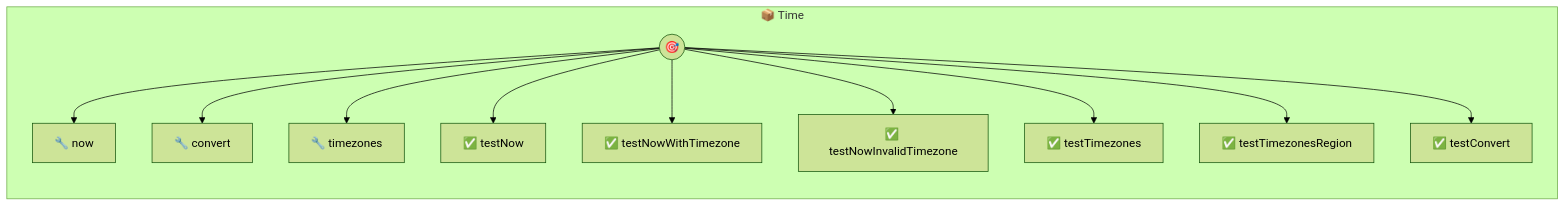
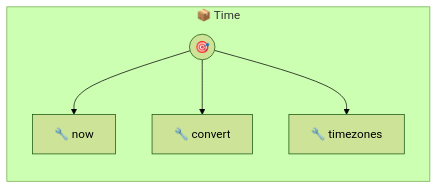
The diagram in time.md (portel-dev/photons), drawn with Mermaid (forest theme) before and after one commit. The commit also changed other lines of this file and 34 other files, not shown here.

````diff
--- a/time.md
+++ b/time.md
@@ -147,25 +81,13 @@
 ```mermaid
 flowchart LR
     subgraph time["📦 Time"]
         direction TB
         PHOTON((🎯))
         T0[🔧 now]
         PHOTON --> T0
         T1[🔧 convert]
         PHOTON --> T1
         T2[🔧 timezones]
         PHOTON --> T2
-        T3[✅ testNow]
-        PHOTON --> T3
-        T4[✅ testNowWithTimezone]
-        PHOTON --> T4
-        T5[✅ testNowInvalidTimezone]
-        PHOTON --> T5
-        T6[✅ testTimezones]
-        PHOTON --> T6
-        T7[✅ testTimezonesRegion]
-        PHOTON --> T7
-        T8[✅ testConvert]
-        PHOTON --> T8
     end
 ```
````
